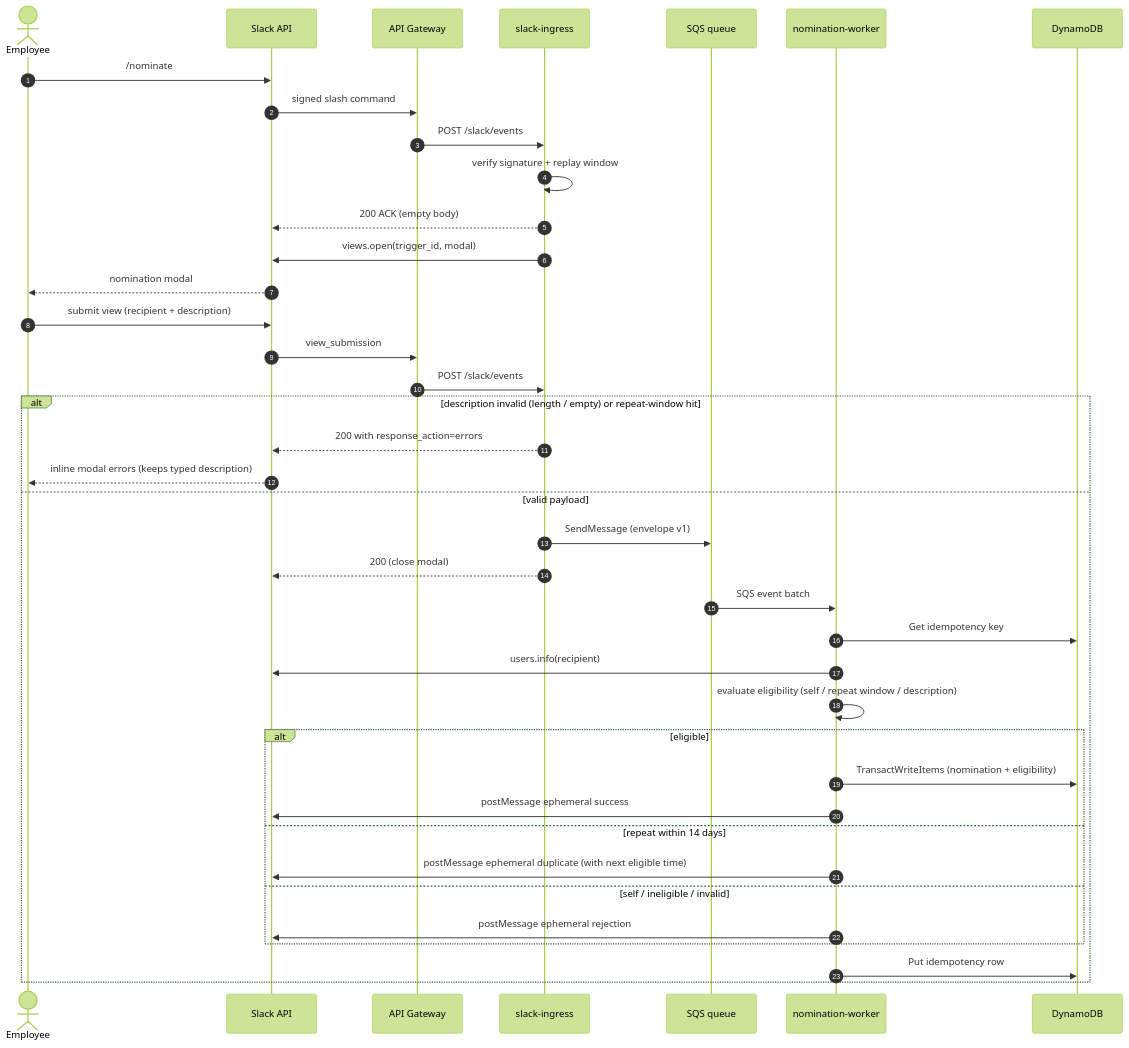
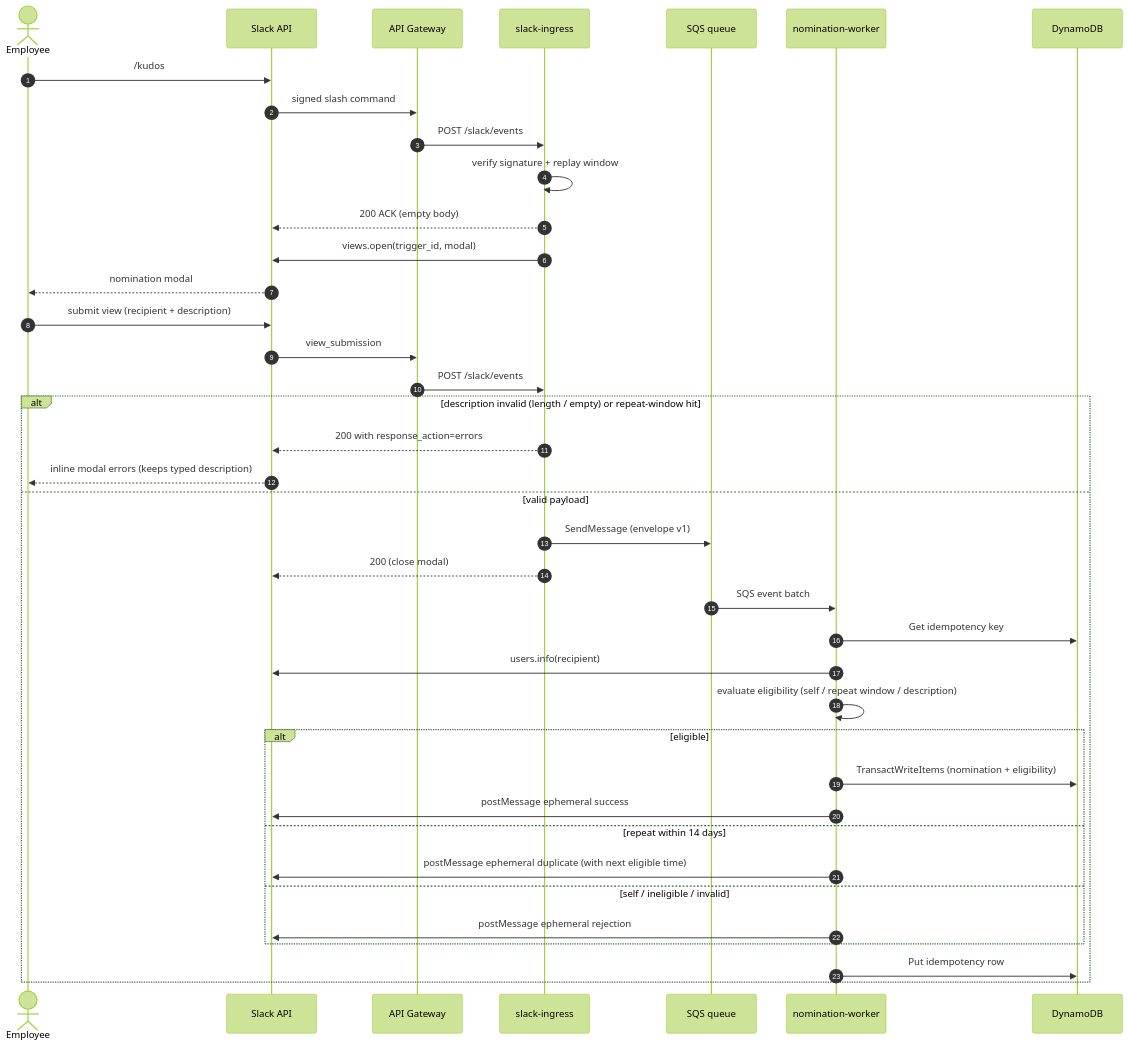
Before and after one commit to youngvz/nominate-slackbot: the diagram in docs/03-slack-app-design.md, drawn with Mermaid (forest theme). The commit also changed other lines of this file and 27 other files, not shown here.

````diff
--- a/docs/03-slack-app-design.md
+++ b/docs/03-slack-app-design.md
@@ -21,47 +21,47 @@
 ```mermaid
 sequenceDiagram
     autonumber
     actor Employee
     participant Slack as Slack API
     participant APIGW as API Gateway
     participant Ingress as slack-ingress
     participant SQS as SQS queue
     participant Worker as nomination-worker
     participant DDB as DynamoDB
 
-    Employee->>Slack: /nominate
+    Employee->>Slack: /kudos
     Slack->>APIGW: signed slash command
     APIGW->>Ingress: POST /slack/events
     Ingress->>Ingress: verify signature + replay window
     Ingress-->>Slack: 200 ACK (empty body)
     Ingress->>Slack: views.open(trigger_id, modal)
     Slack-->>Employee: nomination modal
 
     Employee->>Slack: submit view (recipient + description)
     Slack->>APIGW: view_submission
     APIGW->>Ingress: POST /slack/events
 
     alt description invalid (length / empty) or repeat-window hit
         Ingress-->>Slack: 200 with response_action=errors
         Slack-->>Employee: inline modal errors (keeps typed description)
     else valid payload
         Ingress->>SQS: SendMessage (envelope v1)
         Ingress-->>Slack: 200 (close modal)
 
         SQS->>Worker: SQS event batch
         Worker->>DDB: Get idempotency key
         Worker->>Slack: users.info(recipient)
         Worker->>Worker: evaluate eligibility (self / repeat window / description)
 
         alt eligible
             Worker->>DDB: TransactWriteItems (nomination + eligibility)
             Worker->>Slack: postMessage ephemeral success
         else repeat within 14 days
             Worker->>Slack: postMessage ephemeral duplicate (with next eligible time)
         else self / ineligible / invalid
             Worker->>Slack: postMessage ephemeral rejection
         end
 
         Worker->>DDB: Put idempotency row
     end
 ```
````
